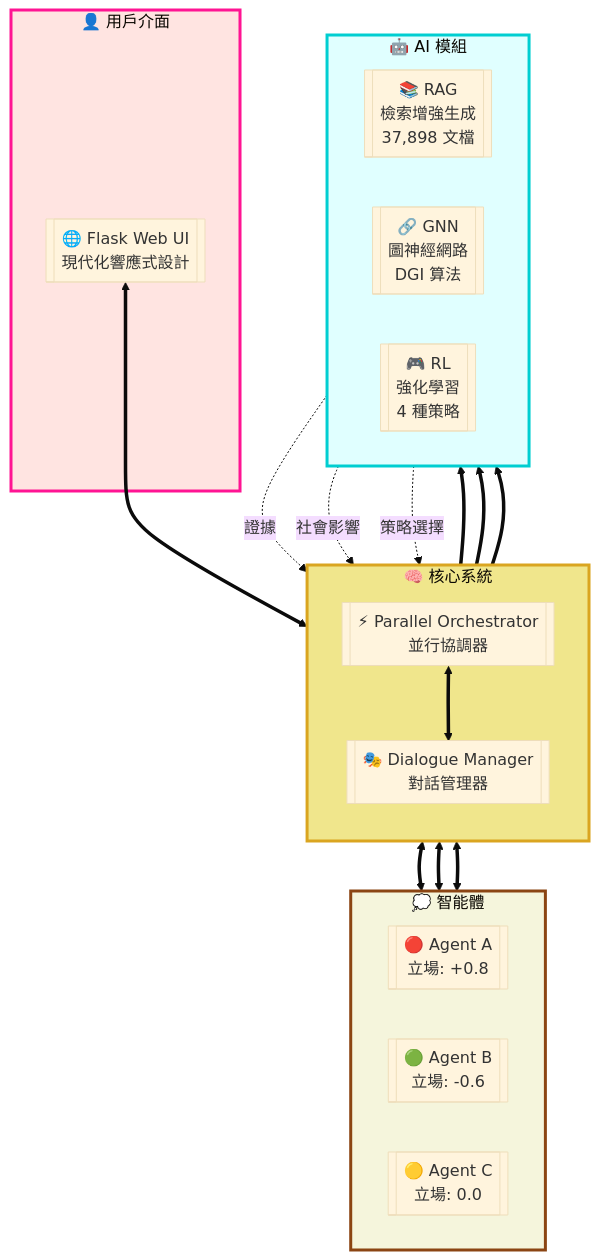
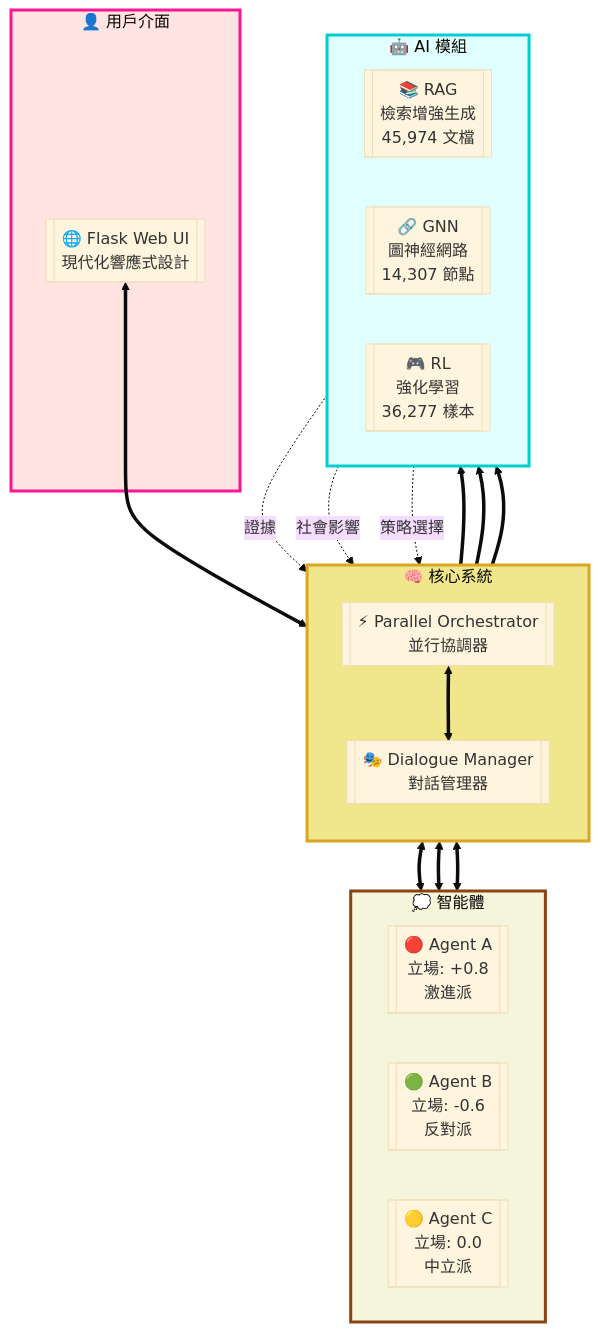
The diagram in README.md (AluminumShark/Social_Debate_AI), drawn with Mermaid (base theme) before and after one commit. The commit also changed other lines of this file and 58 other files, not shown here.

````diff
--- a/README.md
+++ b/README.md
@@ -18,40 +21,40 @@
 ```mermaid
 flowchart TB
     subgraph User["👤 用戶介面"]
         UI[["🌐 Flask Web UI<br/>現代化響應式設計"]]
     end
     
     subgraph Core["🧠 核心系統"]
         direction TB
         PO[["⚡ Parallel Orchestrator<br/>並行協調器"]]
         DM[["🎭 Dialogue Manager<br/>對話管理器"]]
     end
     
     subgraph AI["🤖 AI 模組"]
         direction LR
-        RAG[["📚 RAG<br/>檢索增強生成<br/>37,898 文檔"]]
-        GNN[["🔗 GNN<br/>圖神經網路<br/>DGI 算法"]]
-        RL[["🎮 RL<br/>強化學習<br/>4 種策略"]]
+        RAG[["📚 RAG<br/>檢索增強生成<br/>45,974 文檔"]]
+        GNN[["🔗 GNN<br/>圖神經網路<br/>14,307 節點"]]
+        RL[["🎮 RL<br/>強化學習<br/>36,277 樣本"]]
     end
     
     subgraph Agents["💭 智能體"]
         direction LR
-        A[["🔴 Agent A<br/>立場: +0.8"]]
-        B[["🟢 Agent B<br/>立場: -0.6"]]
-        C[["🟡 Agent C<br/>立場: 0.0"]]
+        A[["🔴 Agent A<br/>立場: +0.8<br/>激進派"]]
+        B[["🟢 Agent B<br/>立場: -0.6<br/>反對派"]]
+        C[["🟡 Agent C<br/>立場: 0.0<br/>中立派"]]
     end
     
     UI <==> PO
     PO <==> DM
     PO ==> RAG & GNN & RL
     DM <==> A & B & C
     
     RAG -.->|證據| DM
     GNN -.->|社會影響| DM
     RL -.->|策略選擇| DM
     
     style User fill:#FFE4E1,stroke:#FF1493,stroke-width:3px
     style Core fill:#F0E68C,stroke:#DAA520,stroke-width:3px
     style AI fill:#E0FFFF,stroke:#00CED1,stroke-width:3px
     style Agents fill:#F5F5DC,stroke:#8B4513,stroke-width:3px
 ```
````
